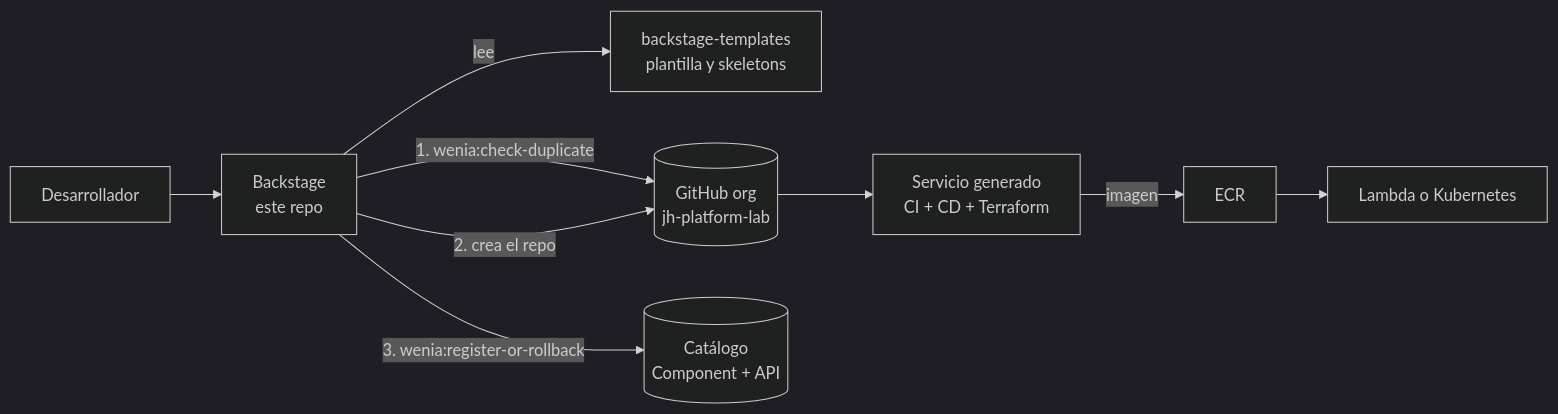
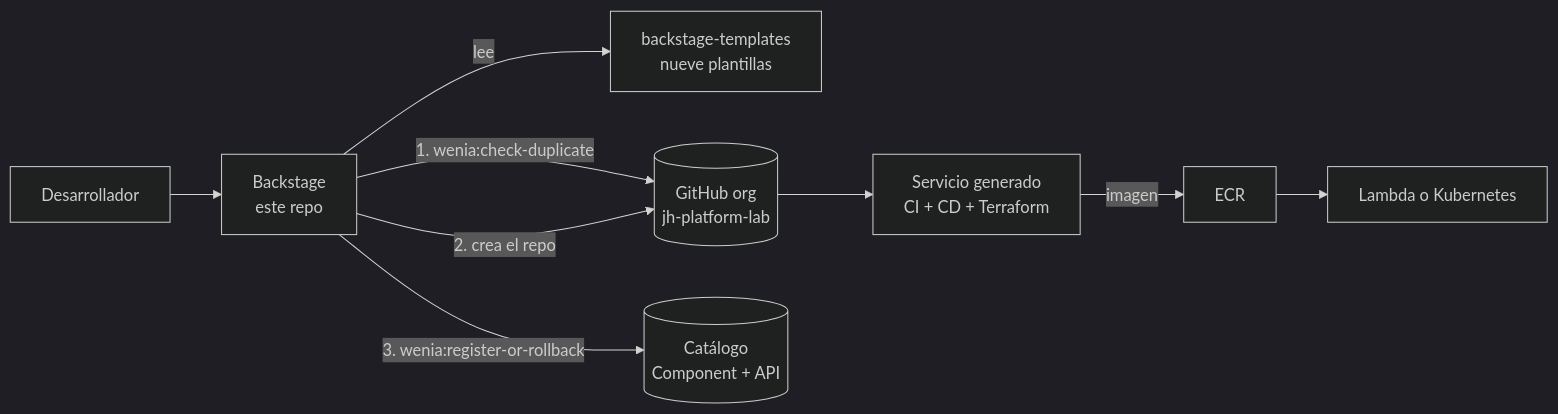
The diagram in README.md (jh-platform-lab/wenia-platform), drawn with Mermaid (dark theme) before and after one commit. The commit also changed other lines of this file, not shown here.

Commit message:
docs: list the nine templates in the README

````diff
--- a/README.md
+++ b/README.md
@@ -9,11 +9,11 @@
 ```mermaid
 flowchart LR
   U[Desarrollador] --> B[Backstage<br/>este repo]
-  B -- lee --> T[backstage-templates<br/>plantilla y skeletons]
+  B -- lee --> T[backstage-templates<br/>nueve plantillas]
   B -- 1. wenia:check-duplicate --> G[(GitHub org<br/>jh-platform-lab)]
   B -- 2. crea el repo --> G
   B -- 3. wenia:register-or-rollback --> C[(Catálogo<br/>Component + API)]
   G --> S[Servicio generado<br/>CI + CD + Terraform]
   S -- imagen --> E[ECR]
   E --> L[Lambda o Kubernetes]
 ```
````
